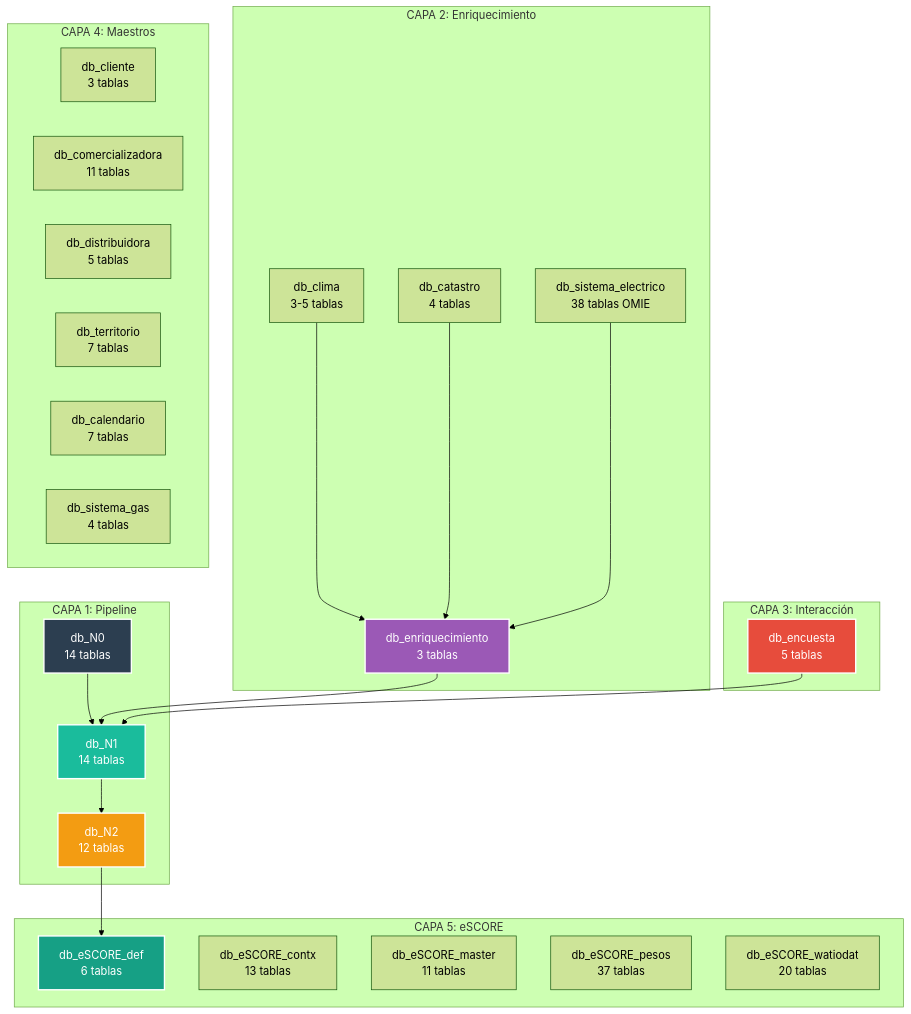
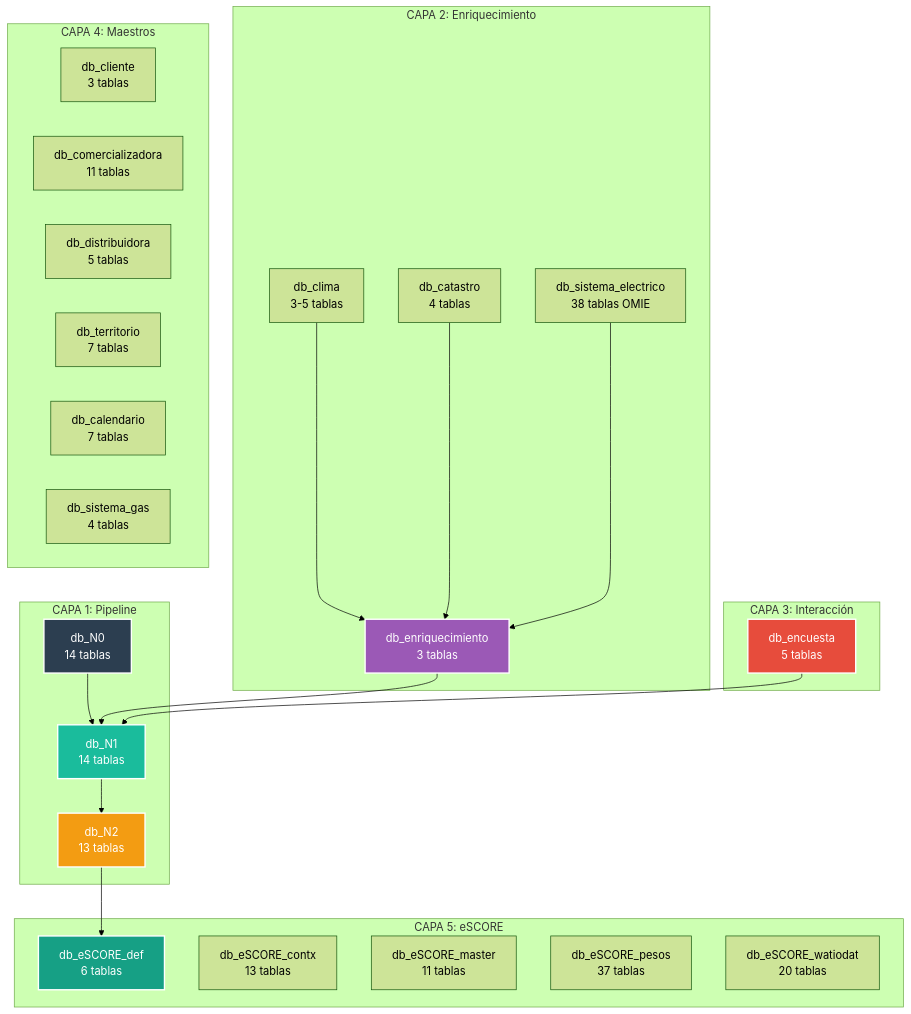
The first of 7 diagrams in docs/README_arquitectura.md (EGD2024/db-watioverse), drawn with Mermaid (forest theme) before and after one commit. The commit also changed other lines of this file and 14 other files, not shown here.

````diff
--- a/docs/README_arquitectura.md
+++ b/docs/README_arquitectura.md
@@ -32,45 +32,45 @@
 ```mermaid
 graph TD
     subgraph "CAPA 1: Pipeline"
         A[db_N0<br/>14 tablas] --> B[db_N1<br/>14 tablas]
-        B --> C[db_N2<br/>12 tablas]
+        B --> C[db_N2<br/>13 tablas]
     end
     
     subgraph "CAPA 2: Enriquecimiento"
         D[db_clima<br/>3-5 tablas] --> G[db_enriquecimiento<br/>3 tablas]
         E[db_catastro<br/>4 tablas] --> G
         F[db_sistema_electrico<br/>38 tablas OMIE] --> G
     end
     
     subgraph "CAPA 3: Interacción"
         H[db_encuesta<br/>5 tablas]
     end
     
     subgraph "CAPA 4: Maestros"
         I[db_cliente<br/>3 tablas]
         J[db_comercializadora<br/>11 tablas]
         K[db_distribuidora<br/>5 tablas]
         L[db_territorio<br/>7 tablas]
         M[db_calendario<br/>7 tablas]
         N[db_sistema_gas<br/>4 tablas]
     end
     
     subgraph "CAPA 5: eSCORE"
         O[db_eSCORE_def<br/>6 tablas]
         P[db_eSCORE_contx<br/>13 tablas]
         Q[db_eSCORE_master<br/>11 tablas]
         R[db_eSCORE_pesos<br/>37 tablas]
         S[db_eSCORE_watiodat<br/>20 tablas]
     end
     
     G --> B
     H --> B
     C --> O
     
     style A fill:#2C3E50,stroke:#ffffff,stroke-width:2px,color:#ffffff
     style B fill:#1ABC9C,stroke:#ffffff,stroke-width:2px,color:#ffffff
     style C fill:#F39C12,stroke:#ffffff,stroke-width:2px,color:#ffffff
     style G fill:#9B59B6,stroke:#ffffff,stroke-width:2px,color:#ffffff
     style H fill:#E74C3C,stroke:#ffffff,stroke-width:2px,color:#ffffff
     style O fill:#16A085,stroke:#ffffff,stroke-width:2px,color:#ffffff
 ```
````
